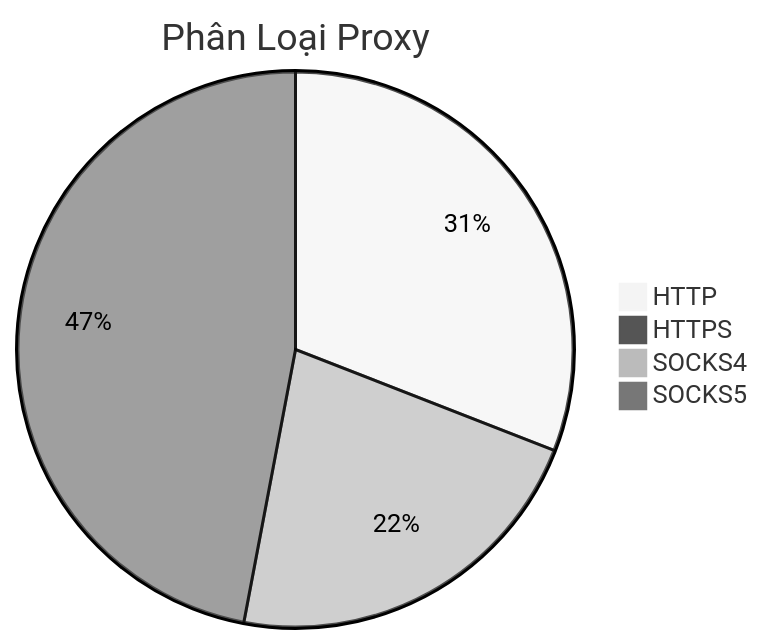
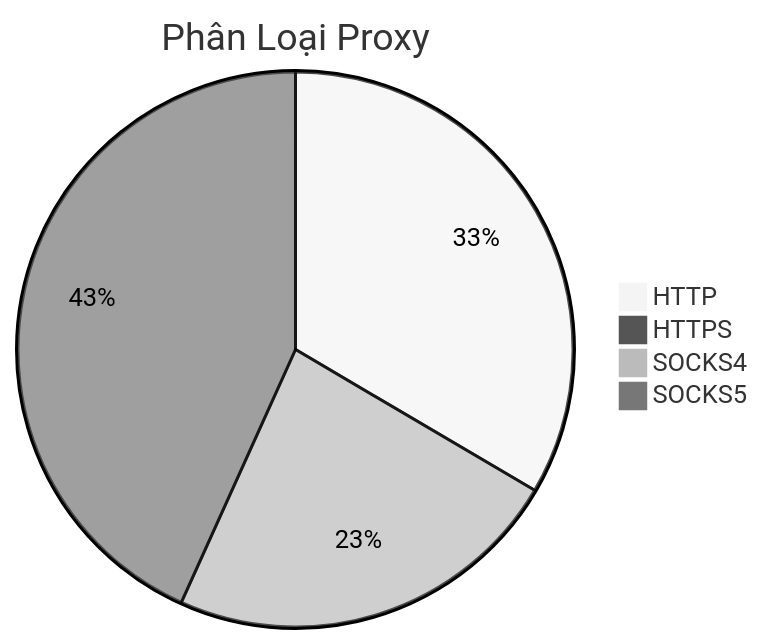
Before and after one commit to Ciara-Aa/PROXY-free: the diagram in README.md, drawn with Mermaid (neutral theme). The commit also changed other lines of this file and 4 other files, not shown here.

````diff
--- a/README.md
+++ b/README.md
@@ -26,7 +26,7 @@
 ```mermaid
 pie title Phân Loại Proxy
-    "HTTP" : 436
-    "HTTPS" : 4
-    "SOCKS4" : 311
-    "SOCKS5" : 663
+    "HTTP" : 414
+    "HTTPS" : 2
+    "SOCKS4" : 288
+    "SOCKS5" : 535
 ```
````
